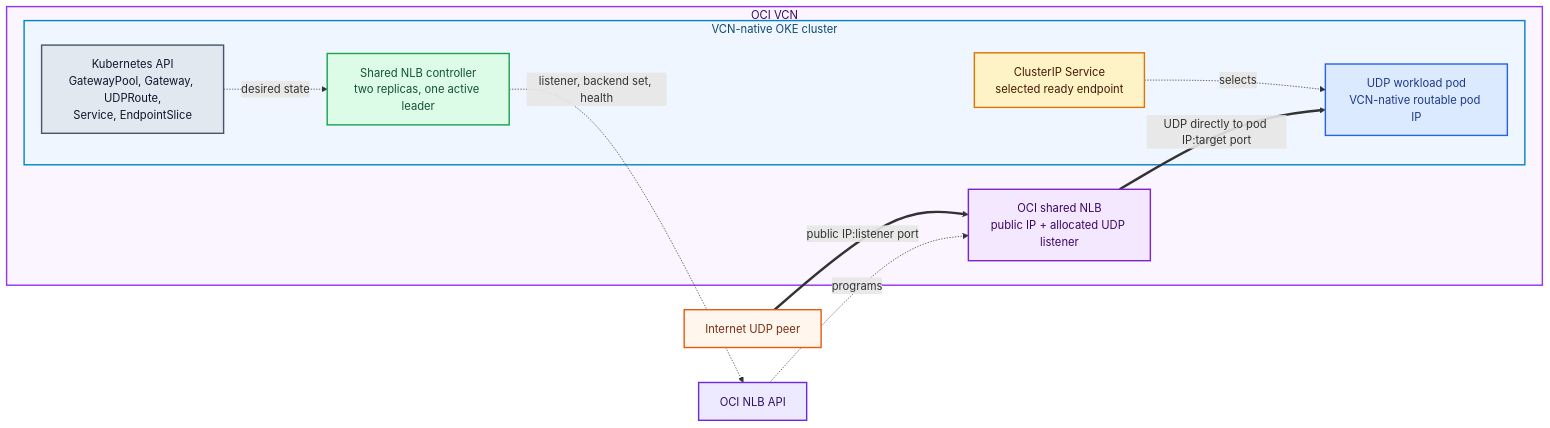
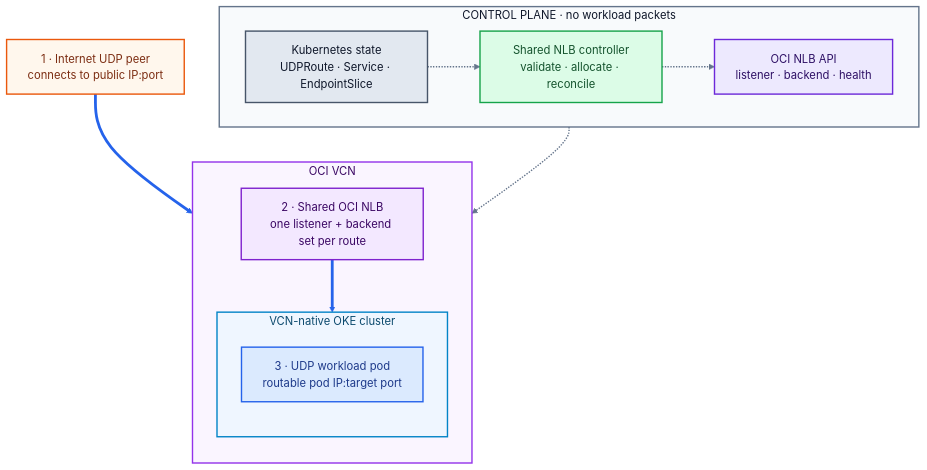
One commit to RyanHelferich/oci-shared-nlb-gateway-controller changed the first of 3 diagrams in README.md. Above: the diagram before and after it, drawn with Mermaid. The commit also changed other lines of this file, not shown here.

Commit message:
Rework README architecture diagrams

````diff
--- a/README.md
+++ b/README.md
@@ -35,34 +35,39 @@
 ```mermaid
-flowchart LR
-  peer[Internet UDP peer]:::external
+flowchart TB
+  peer["1 · Internet UDP peer<br/>connects to public IP:port"]:::external
 
-  subgraph vcn[OCI VCN]
-    nlb[OCI shared NLB<br/>public IP + allocated UDP listener]:::oci
+  subgraph vcn["OCI VCN"]
+    direction TB
+    nlb["2 · Shared OCI NLB<br/>one listener + backend set per route"]:::oci
 
-    subgraph oke[VCN-native OKE cluster]
-      api[Kubernetes API<br/>GatewayPool, Gateway, UDPRoute,<br/>Service, EndpointSlice]:::k8s
-      ctl[Shared NLB controller<br/>two replicas, one active leader]:::controller
-      svc[ClusterIP Service<br/>selected ready endpoint]:::service
-      pod[UDP workload pod<br/>VCN-native routable pod IP]:::workload
-      svc -. selects .-> pod
-      api -. desired state .-> ctl
+    subgraph oke["VCN-native OKE cluster"]
+      direction TB
+      pod["3 · UDP workload pod<br/>routable pod IP:target port"]:::workload
     end
   end
 
-  ociapi[OCI NLB API]:::ociapi
+  subgraph control["CONTROL PLANE · no workload packets"]
+    direction LR
+    desired["Kubernetes state<br/>UDPRoute · Service · EndpointSlice"]:::k8s
+    ctl["Shared NLB controller<br/>validate · allocate · reconcile"]:::controller
+    ociapi["OCI NLB API<br/>listener · backend · health"]:::ociapi
+  end
 
-  peer ==>|public IP:listener port| nlb
-  nlb ==>|UDP directly to pod IP:target port| pod
-  ctl -. listener, backend set, health .-> ociapi
-  ociapi -. programs .-> nlb
+  peer ==> nlb
+  nlb ==> pod
+  desired -.-> ctl
+  ctl -.-> ociapi
+  ociapi -.-> nlb
 
   classDef external fill:#fff7ed,stroke:#ea580c,color:#7c2d12,stroke-width:2px;
   classDef oci fill:#f3e8ff,stroke:#7e22ce,color:#3b0764,stroke-width:2px;
   classDef ociapi fill:#ede9fe,stroke:#6d28d9,color:#2e1065,stroke-width:2px;
   classDef k8s fill:#e2e8f0,stroke:#475569,color:#0f172a,stroke-width:2px;
   classDef controller fill:#dcfce7,stroke:#16a34a,color:#14532d,stroke-width:2px;
-  classDef service fill:#fef3c7,stroke:#d97706,color:#451a03,stroke-width:2px;
   classDef workload fill:#dbeafe,stroke:#2563eb,color:#1e3a8a,stroke-width:2px;
   style vcn fill:#faf5ff,stroke:#9333ea,stroke-width:2px,color:#3b0764
   style oke fill:#eff6ff,stroke:#0284c7,stroke-width:2px,color:#0c4a6e
+  style control fill:#f8fafc,stroke:#64748b,stroke-width:2px,color:#0f172a
+  linkStyle 0,1 stroke:#2563eb,stroke-width:4px;
+  linkStyle 2,3,4 stroke:#64748b,stroke-width:2px;
 ```
````
